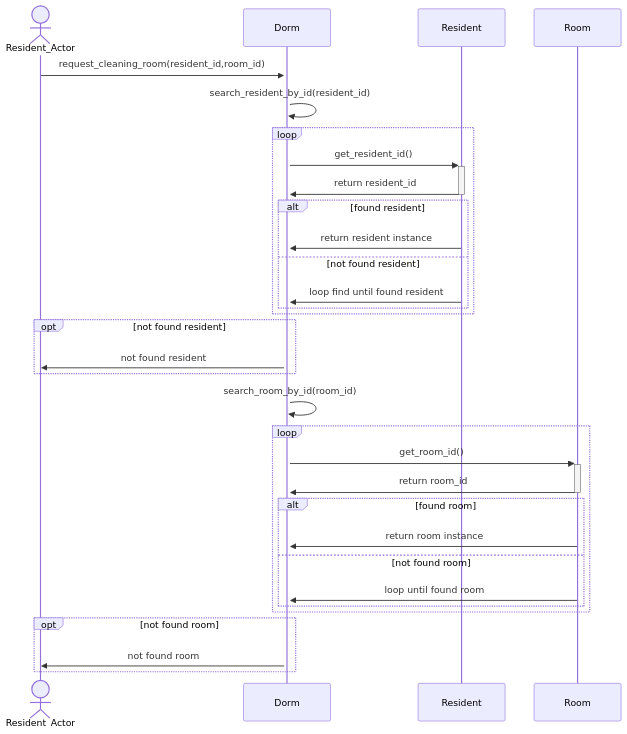
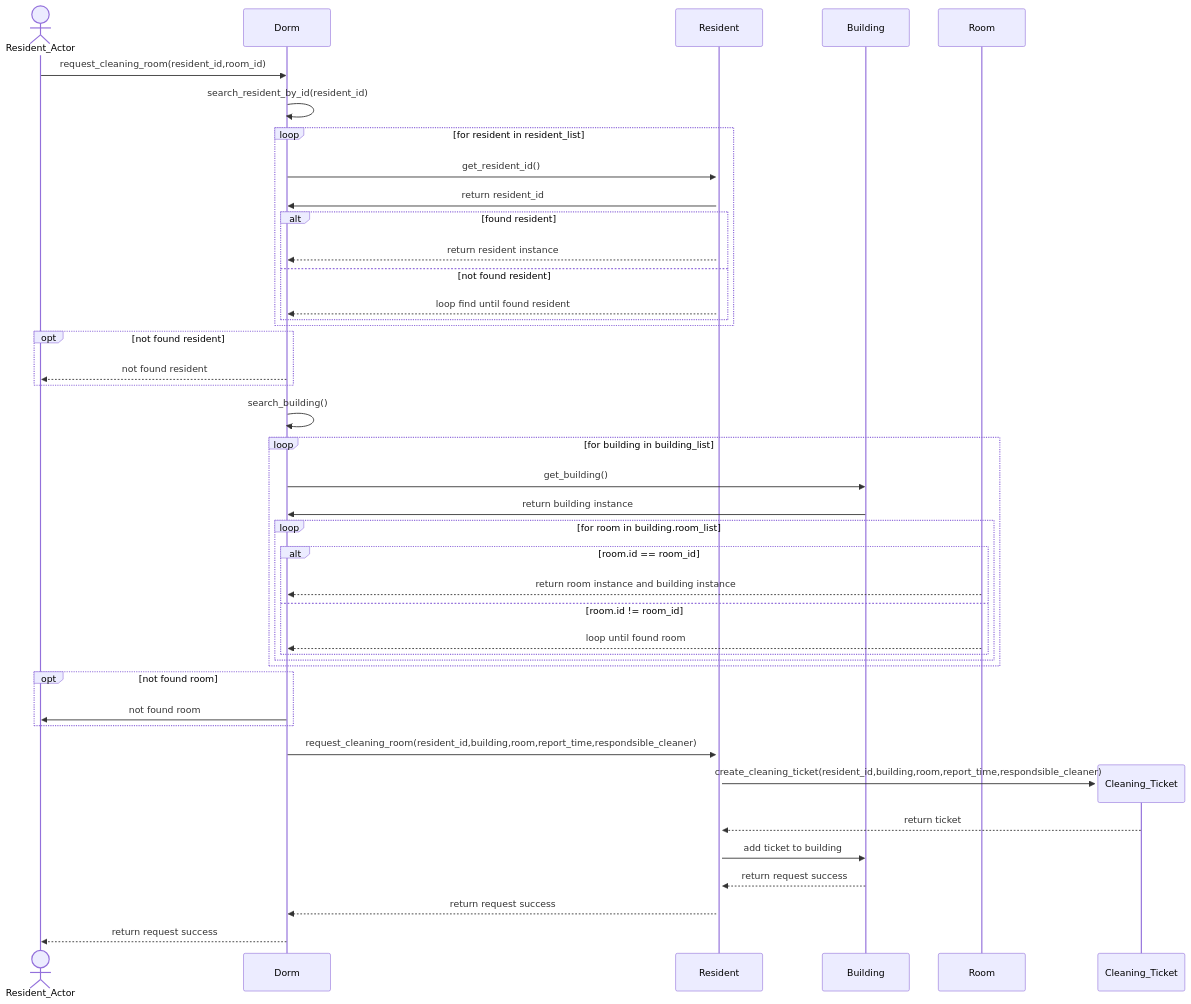
The diagram in sequence/request_cleaning_room/request_cleaning_room.mmd (rnjjkk/Ducky-Dicka), drawn with Mermaid before and after one commit. The commit also changed other lines of this file, not shown here.

Commit message:
edit request cleaning room  sequence

```diff
--- a/sequence/request_cleaning_room/request_cleaning_room.mmd
+++ b/sequence/request_cleaning_room/request_cleaning_room.mmd
@@ -1,40 +1,53 @@
 sequenceDiagram
     %% participant
     actor resAc as Resident_Actor
     participant d as Dorm
     participant res as Resident
-    participant room as Room 
+    participant b as Building
+    participant room as Room
 
-    resAc ->> +d:request_cleaning_room(resident_id,room_id)
+    resAc ->> d:request_cleaning_room(resident_id,room_id)
     d ->> d:search_resident_by_id(resident_id)
-    loop
+    loop for resident in resident_list
         d ->> +res:get_resident_id()
-        res ->> -d:return resident_id
+        res ->> d:return resident_id
 
         alt found resident
-            res->> d:return resident instance
+            res -->> d:return resident instance
         else not found resident
-            res ->> d:loop find until found resident
+            res -->> d:loop find until found resident
         end
     end
 
     opt not found resident
-        d ->> resAc:not found resident
+        d -->> resAc:not found resident
     end
 
-    d ->> d:search_room_by_id(room_id)
+    d ->> d:search_building()
 
-    loop
-        d ->> +room:get_room_id()
-        room ->> -d:return room_id
+    loop for building in building_list
+        d ->> b:get_building()
+        b ->> d:return building instance
 
-        alt found room
-            room ->> d:return room instance
-        else not found room
-            room ->>d:loop until found room
+        loop for room in building.room_list
+        
+            alt room.id == room_id
+                room -->> d:return room instance and building instance
+            else room.id != room_id
+                room -->>d:loop until found room
+            end
         end
     end
 
     opt not found room
         d ->> resAc:not found room
     end
+
+    d ->> res:request_cleaning_room(resident_id,building,room,report_time,respondsible_cleaner)
+    create participant ticket_req_c_r as Cleaning_Ticket
+    res ->> ticket_req_c_r:create_cleaning_ticket(resident_id,building,room,report_time,respondsible_cleaner)
+    ticket_req_c_r -->> res:return ticket 
+    res ->> b:add ticket to building
+    b -->> res:return request success
+    res -->> d:return request success
+    d -->> resAc:return request success
```
